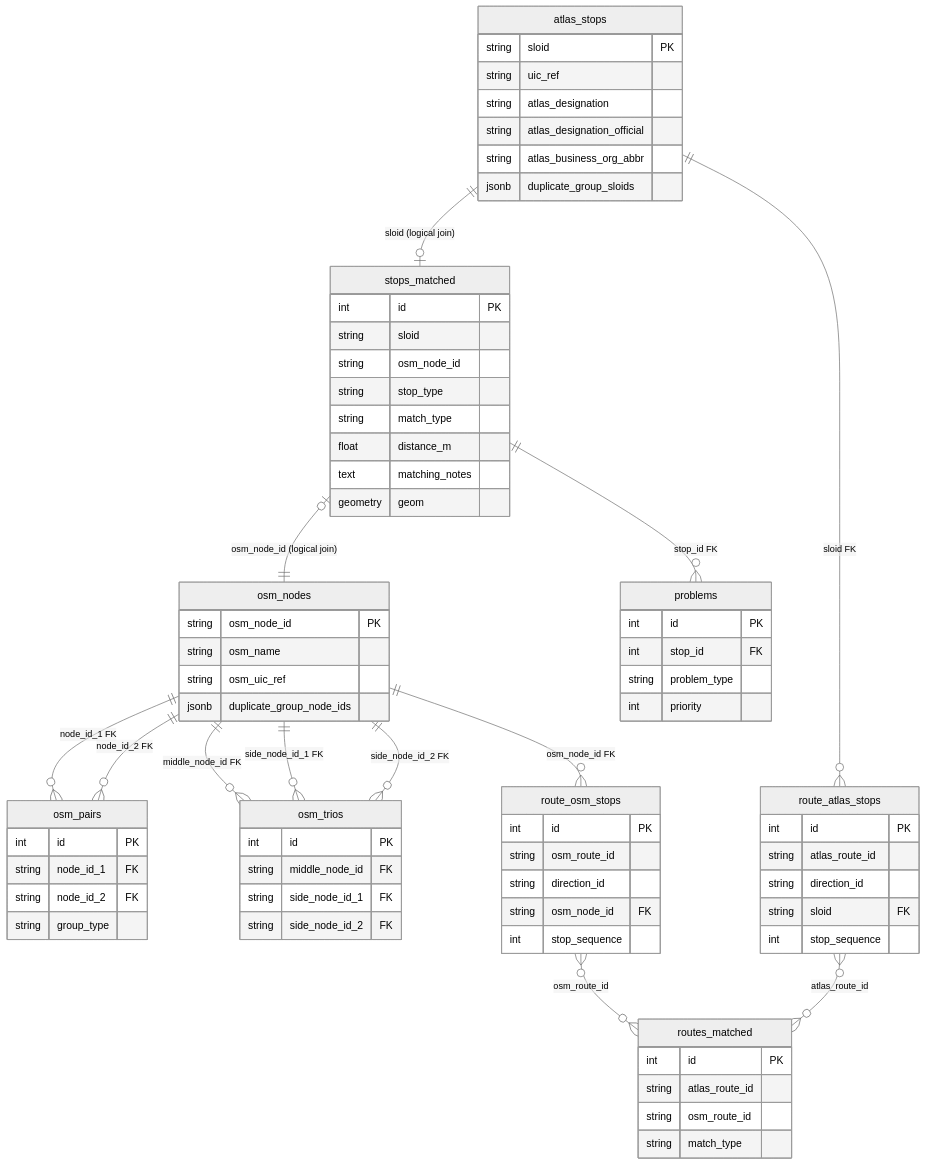
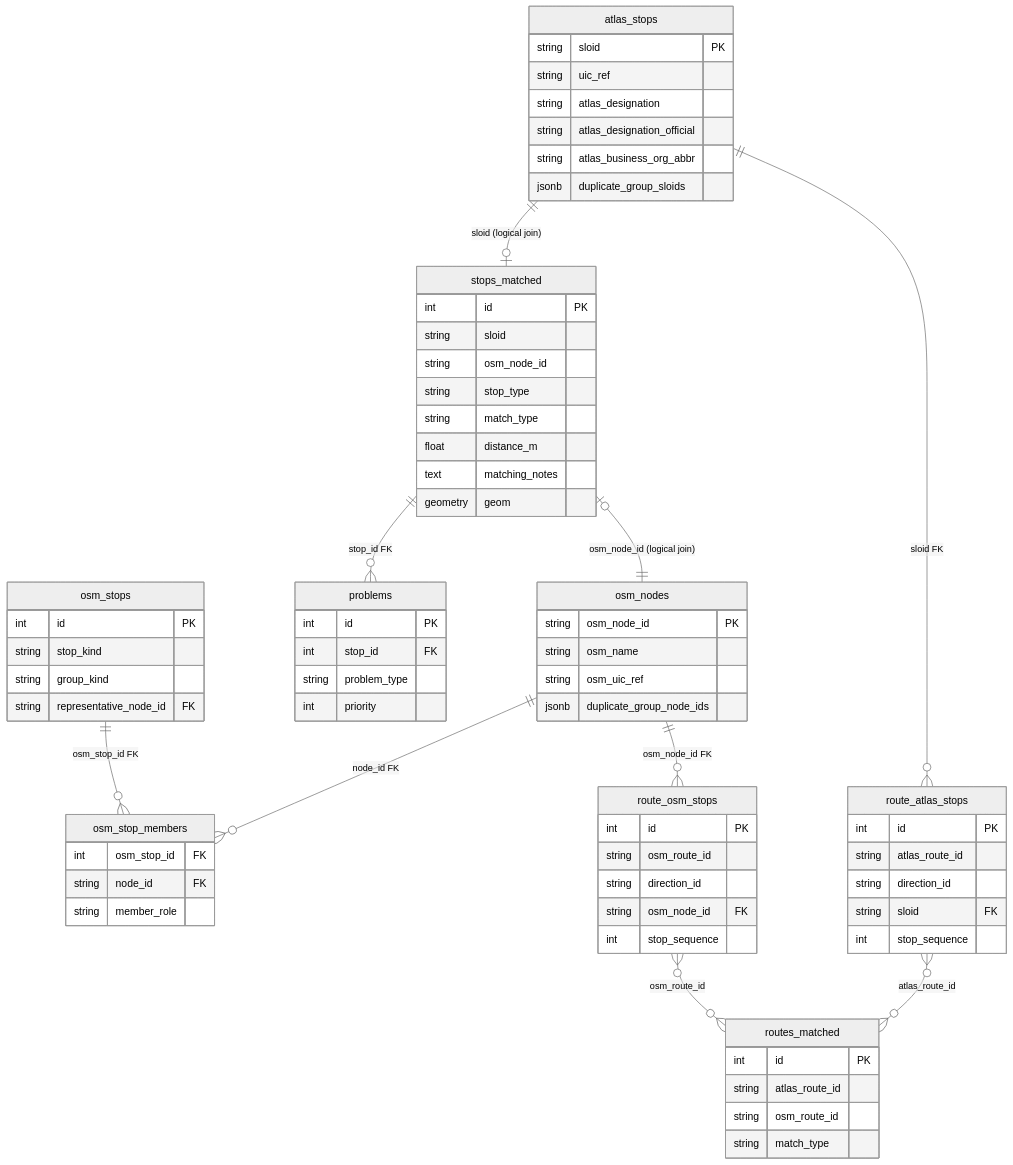
One commit to openTdataCH/stop_sync_osm_atlas changed the diagram in documentation/4.1 Import DB Schema.md. Above: the diagram before and after it, drawn with Mermaid (neutral theme). The commit also changed other lines of this file and 21 other files, not shown here.

```diff
--- a/documentation/4.1 Import DB Schema.md
+++ b/documentation/4.1 Import DB Schema.md
@@ -11,11 +11,8 @@
     atlas_stops ||--o| stops_matched : "sloid (logical join)"
     stops_matched |o--|| osm_nodes : "osm_node_id (logical join)"
     stops_matched ||--o{ problems : "stop_id FK"
-    osm_nodes ||--o{ osm_pairs : "node_id_1 FK"
-    osm_nodes ||--o{ osm_pairs : "node_id_2 FK"
-    osm_nodes ||--o{ osm_trios : "middle_node_id FK"
-    osm_nodes ||--o{ osm_trios : "side_node_id_1 FK"
-    osm_nodes ||--o{ osm_trios : "side_node_id_2 FK"
+    osm_nodes ||--o{ osm_stop_members : "node_id FK"
+    osm_stops ||--o{ osm_stop_members : "osm_stop_id FK"
     atlas_stops ||--o{ route_atlas_stops : "sloid FK"
     osm_nodes ||--o{ route_osm_stops : "osm_node_id FK"
     route_atlas_stops }o--o{ routes_matched : "atlas_route_id"
@@ -48,18 +45,17 @@
         jsonb duplicate_group_node_ids
     }
 
-    osm_pairs {
+    osm_stops {
         int id PK
-        string node_id_1 FK
-        string node_id_2 FK
-        string group_type
+        string stop_kind
+        string group_kind
+        string representative_node_id FK
     }
 
-    osm_trios {
-        int id PK
-        string middle_node_id FK
-        string side_node_id_1 FK
-        string side_node_id_2 FK
+    osm_stop_members {
+        int osm_stop_id FK
+        string node_id FK
+        string member_role
     }
 
     problems {
```
